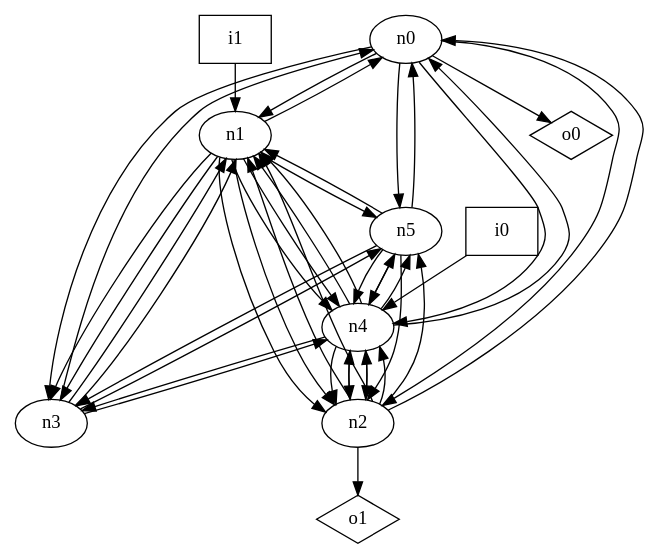
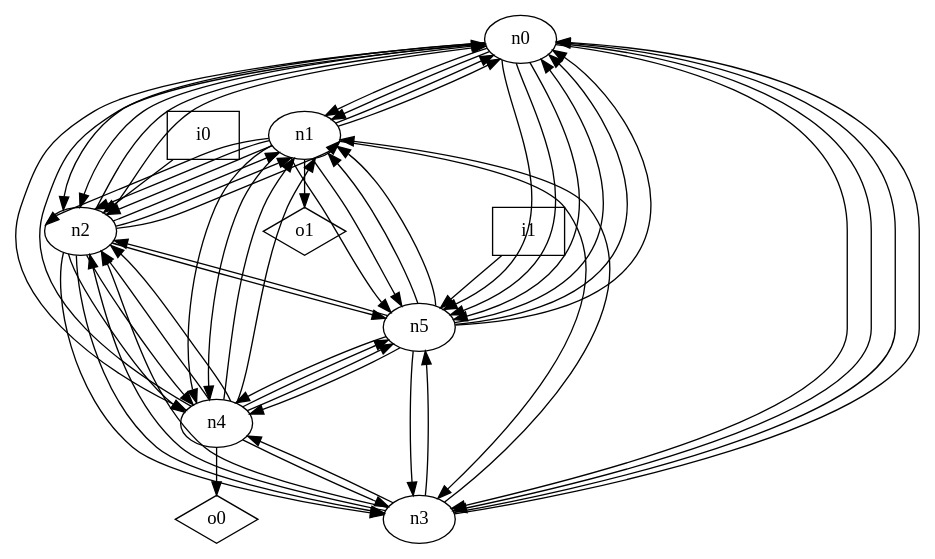
Before and after one commit to p9romain/bool-circuits: the diagram in dot_files/random/random_undirected_loop_free_graph.dot, drawn with Graphviz. The commit also changed 31 other files, not shown here.

```diff
--- a/dot_files/random/random_undirected_loop_free_graph.dot
+++ b/dot_files/random/random_undirected_loop_free_graph.dot
@@ -1,56 +1,70 @@
 digraph G {
 n0 [label="n0"];
 n1 [label="n1"];
 n2 [label="n2"];
 n3 [label="n3"];
 n4 [label="n4"];
 n5 [label="n5"];
 n6 [label="i0",shape="box"];
 n7 [label="i1",shape="box"];
 n8 [label="o0",shape="diamond"];
 n9 [label="o1",shape="diamond"];
 n0 -> n1
+n0 -> n1
 n0 -> n2
+n0 -> n2
+n0 -> n3
 n0 -> n3
 n0 -> n4
 n0 -> n5
-n0 -> n8
+n0 -> n5
+n0 -> n5
+n1 -> n0
 n1 -> n0
 n1 -> n2
 n1 -> n2
-n1 -> n3
+n1 -> n2
 n1 -> n3
 n1 -> n4
 n1 -> n4
 n1 -> n5
+n1 -> n5
+n1 -> n9
+n2 -> n0
 n2 -> n0
 n2 -> n1
 n2 -> n1
-n2 -> n4
+n2 -> n1
+n2 -> n3
+n2 -> n3
 n2 -> n4
 n2 -> n4
 n2 -> n5
-n2 -> n9
+n3 -> n0
 n3 -> n0
 n3 -> n1
-n3 -> n1
+n3 -> n2
+n3 -> n2
 n3 -> n4
 n3 -> n5
 n4 -> n0
 n4 -> n1
 n4 -> n1
 n4 -> n2
 n4 -> n2
-n4 -> n2
 n4 -> n3
 n4 -> n5
 n4 -> n5
+n4 -> n8
 n5 -> n0
+n5 -> n0
+n5 -> n0
+n5 -> n1
 n5 -> n1
 n5 -> n2
 n5 -> n3
 n5 -> n4
 n5 -> n4
-n6 -> n4
-n7 -> n1
+n6 -> n2
+n7 -> n5
 }
```
